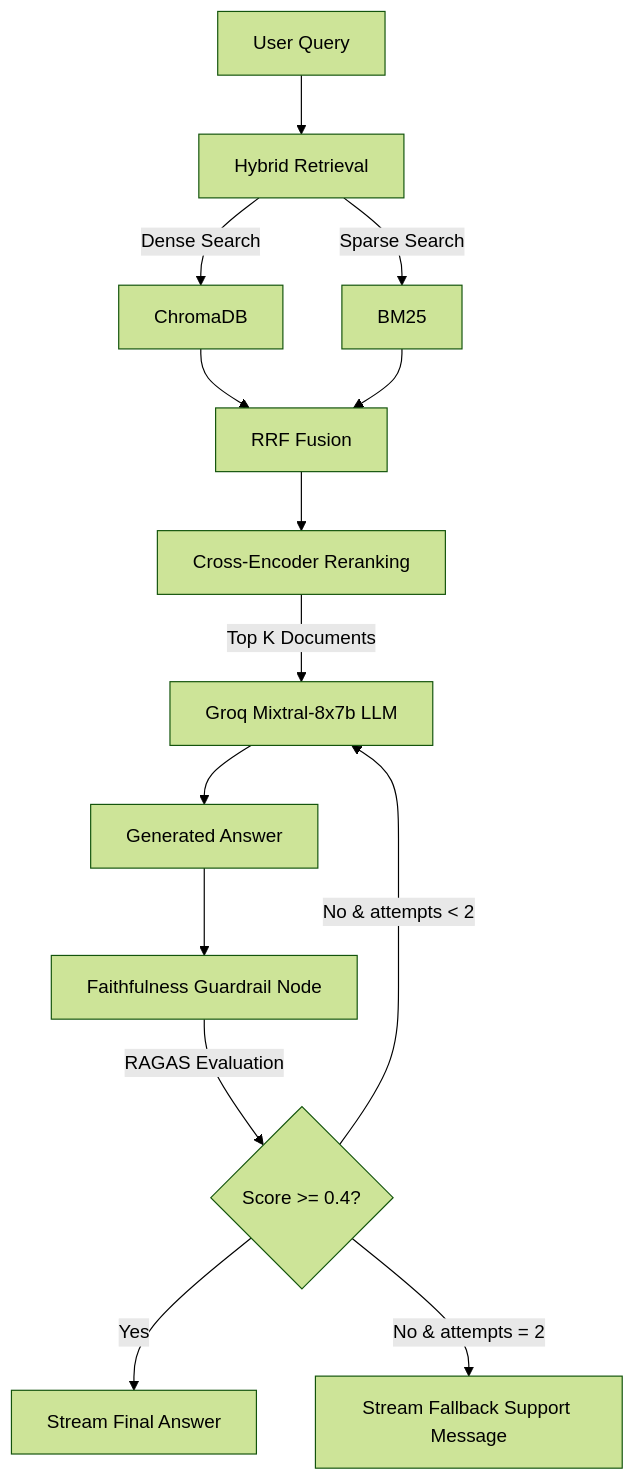
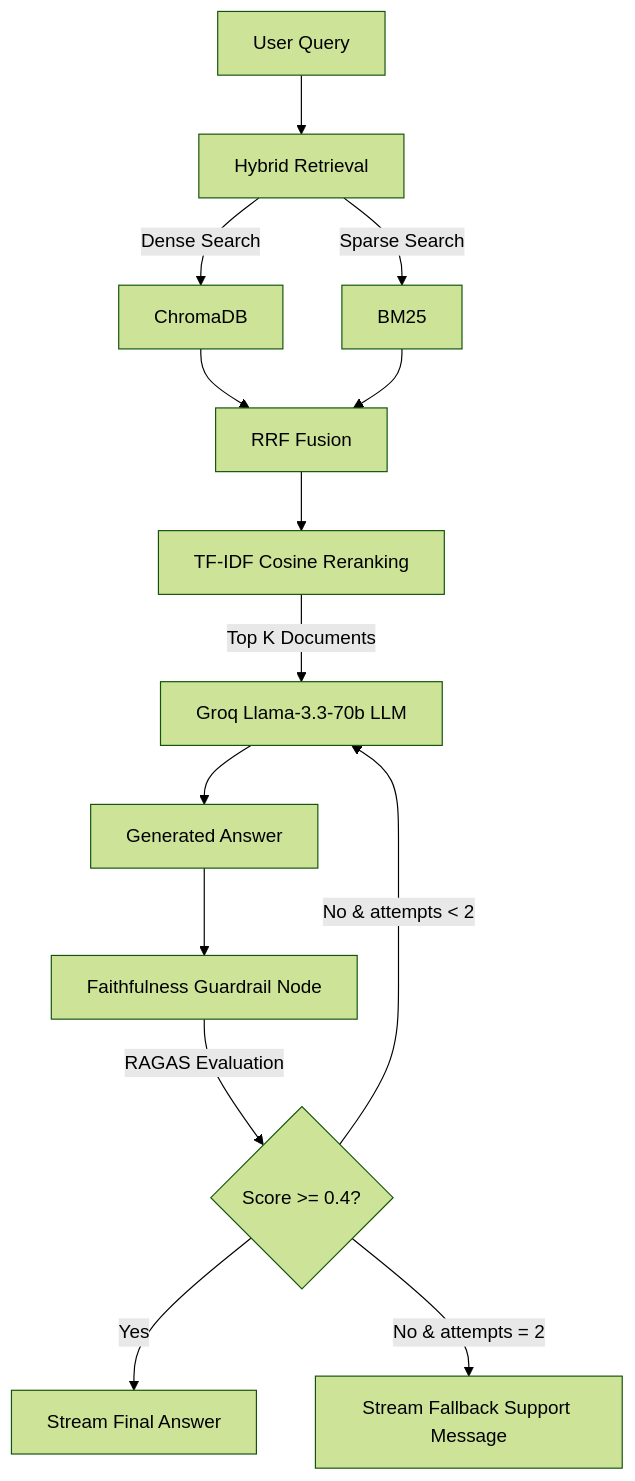
One commit to anirudhcherukuri/Conversational-RAG-Customer-Support-System changed the diagram in README.md. Above: the diagram before and after it, drawn with Mermaid (forest theme). The commit also changed other lines of this file, not shown here.

Commit message:
Docs: Update README.md to describe optimized ONNX/TF-IDF pipeline and new Groq models

````diff
--- a/README.md
+++ b/README.md
@@ -17,16 +17,16 @@
 ```mermaid
 graph TD
     A[User Query] --> B[Hybrid Retrieval]
     B -->|Dense Search| C[ChromaDB]
     B -->|Sparse Search| D[BM25]
     C --> E[RRF Fusion]
     D --> E
-    E --> F[Cross-Encoder Reranking]
-    F -->|Top K Documents| G[Groq Mixtral-8x7b LLM]
+    E --> F[TF-IDF Cosine Reranking]
+    F -->|Top K Documents| G[Groq Llama-3.3-70b LLM]
     G --> H[Generated Answer]
     H --> I[Faithfulness Guardrail Node]
     I -->|RAGAS Evaluation| J{Score >= 0.4?}
     J -->|Yes| K[Stream Final Answer]
     J -->|No & attempts < 2| G
     J -->|No & attempts = 2| L[Stream Fallback Support Message]
 ```
````
